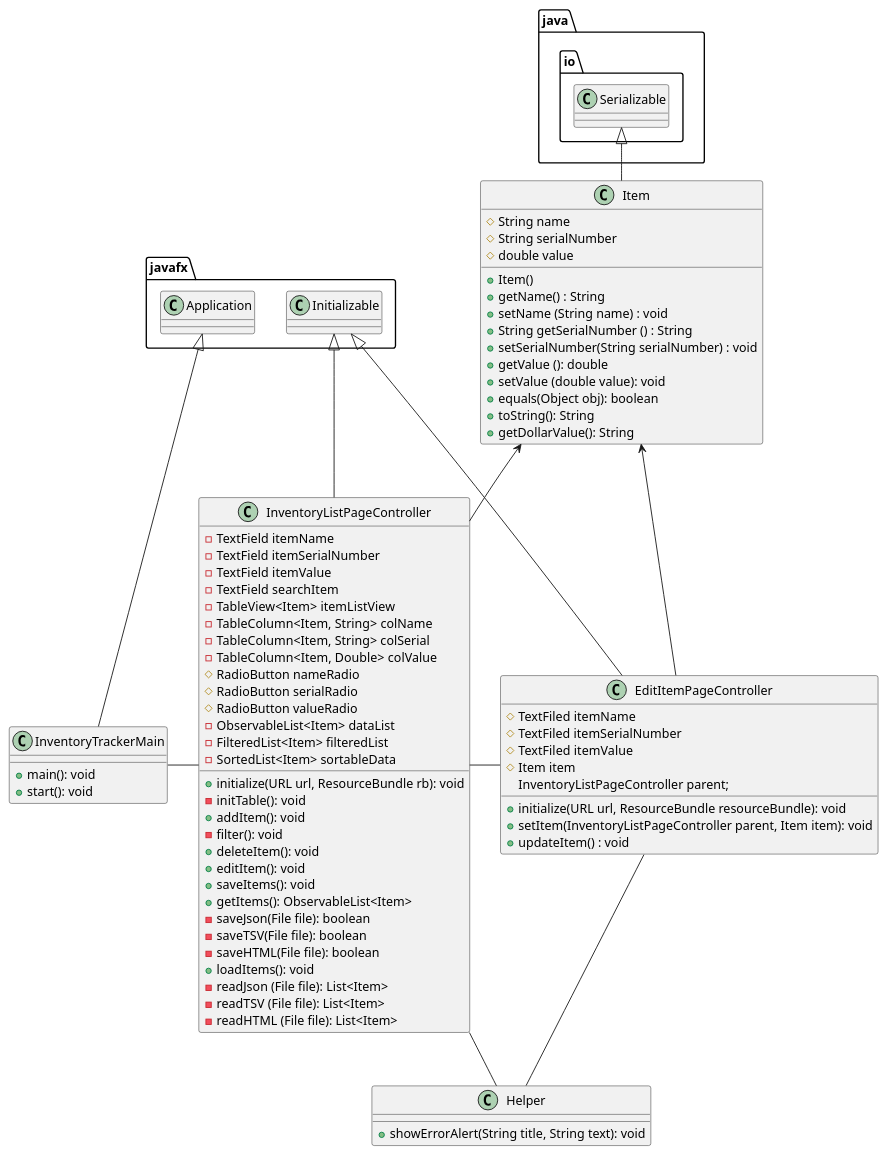
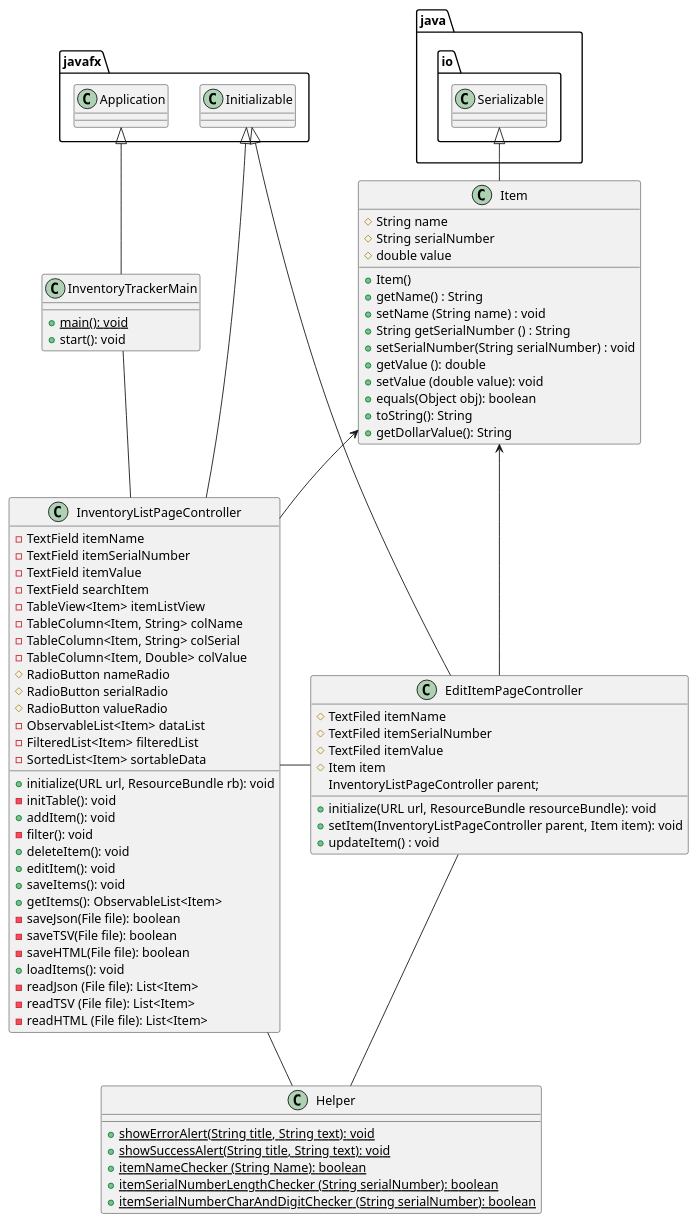
Before and after one commit to SaharaSheik/Sheikholeslami-1631-a5: the diagram in UML/InventoryTrackerApp.puml, drawn with PlantUML. The commit also changed 1 other file, not shown here.

Commit message:
update UML

```diff
--- a/UML/InventoryTrackerApp.puml
+++ b/UML/InventoryTrackerApp.puml
@@ -1,101 +1,108 @@
 @startuml
 'https://plantuml.com/sequence-diagram
 
 
 class InventoryTrackerMain{
-   + main(): void
+   + {static} main(): void
    + start(): void
 }
 
 class Item{
  #String name
  #String serialNumber
  #double value
 
 +Item()
 + getName() : String
 + setName (String name) : void
 + String getSerialNumber () : String
 + setSerialNumber(String serialNumber) : void
 + getValue (): double
 + setValue (double value): void
 + equals(Object obj): boolean
 + toString(): String
 + getDollarValue(): String
 }
 
 
 class InventoryListPageController {
 -TextField itemName
 -TextField itemSerialNumber
 -TextField itemValue
 -TextField searchItem
 -TableView<Item> itemListView
 -TableColumn<Item, String> colName
 -TableColumn<Item, String> colSerial
 -TableColumn<Item, Double> colValue
 #RadioButton nameRadio
 #RadioButton serialRadio
 #RadioButton valueRadio
 -ObservableList<Item> dataList
 -FilteredList<Item> filteredList
 -SortedList<Item> sortableData
 
 +initialize(URL url, ResourceBundle rb): void
 -initTable(): void
 +addItem(): void
 -filter(): void
 +deleteItem(): void
 +editItem(): void
 +saveItems(): void
 +getItems(): ObservableList<Item>
 -saveJson(File file): boolean
 -saveTSV(File file): boolean
 -saveHTML(File file): boolean
 +loadItems(): void
 -readJson (File file): List<Item>
 -readTSV (File file): List<Item>
 -readHTML (File file): List<Item>
 
 }
 
 
 class EditItemPageController {
 
 #TextFiled itemName
 #TextFiled itemSerialNumber
 #TextFiled itemValue
 #Item item
 InventoryListPageController parent;
 +initialize(URL url, ResourceBundle resourceBundle): void
 +setItem(InventoryListPageController parent, Item item): void
 +updateItem() : void
 
 }
 
 
 class Helper{
-+showErrorAlert(String title, String text): void
++{static}showErrorAlert(String title, String text): void
++{static}showSuccessAlert(String title, String text): void
++{static}itemNameChecker (String Name): boolean
++{static}itemSerialNumberLengthChecker (String serialNumber): boolean
++{static}itemSerialNumberCharAndDigitChecker (String serialNumber): boolean
+
+
+
 
 }
 
 
 
 javafx.Application <|-- InventoryTrackerMain
-InventoryTrackerMain - InventoryListPageController
-java.io.Serializable<|--Item
+InventoryTrackerMain -- InventoryListPageController
 javafx.Initializable<|--InventoryListPageController
 javafx.Initializable<|--EditItemPageController
-Item<-InventoryListPageController
+Item<--InventoryListPageController
 Item<--EditItemPageController
+java.io.Serializable<|--Item
 
 
 InventoryListPageController-EditItemPageController
 
 InventoryListPageController-- Helper
 EditItemPageController -- Helper
 
 
 
 
 @enduml
```
